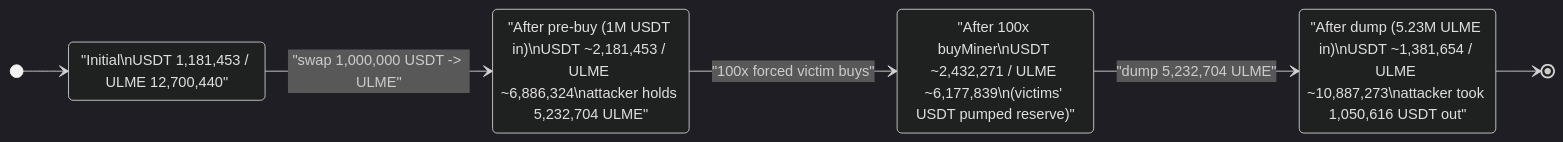
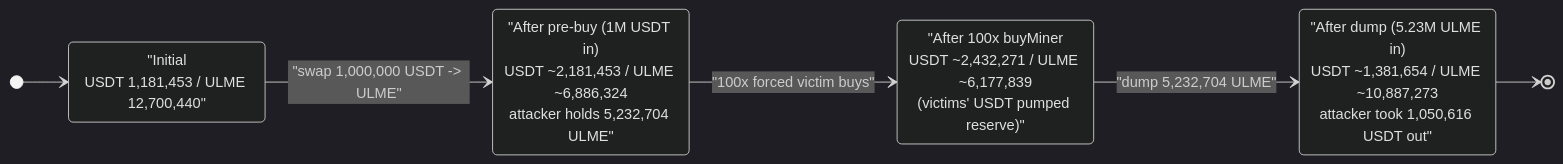
The third of 3 diagrams in 2022-10-ULME_exp2/ULME_exp2.md (sanbir/evm-hack-registry), drawn with Mermaid (dark theme) before and after one commit. The commit also changed 280 other files, not shown here.

Commit message:
mermaid fixes

````diff
--- a/2022-10-ULME_exp2/ULME_exp2.md
+++ b/2022-10-ULME_exp2/ULME_exp2.md
@@ -292,13 +292,13 @@
 ```mermaid
 stateDiagram-v2
     direction LR
     [*] --> Initial
-    Initial: "Initial\nUSDT 1,181,453 / ULME 12,700,440"
-    PreBuy: "After pre-buy (1M USDT in)\nUSDT ~2,181,453 / ULME ~6,886,324\nattacker holds 5,232,704 ULME"
-    Pumped: "After 100x buyMiner\nUSDT ~2,432,271 / ULME ~6,177,839\n(victims' USDT pumped reserve)"
-    Drained: "After dump (5.23M ULME in)\nUSDT ~1,381,654 / ULME ~10,887,273\nattacker took 1,050,616 USDT out"
+    Initial: "Initial<br/>USDT 1,181,453 / ULME 12,700,440"
+    PreBuy: "After pre-buy (1M USDT in)<br/>USDT ~2,181,453 / ULME ~6,886,324<br/>attacker holds 5,232,704 ULME"
+    Pumped: "After 100x buyMiner<br/>USDT ~2,432,271 / ULME ~6,177,839<br/>(victims' USDT pumped reserve)"
+    Drained: "After dump (5.23M ULME in)<br/>USDT ~1,381,654 / ULME ~10,887,273<br/>attacker took 1,050,616 USDT out"
     Initial --> PreBuy: "swap 1,000,000 USDT -> ULME"
     PreBuy --> Pumped: "100x forced victim buys"
     Pumped --> Drained: "dump 5,232,704 ULME"
     Drained --> [*]
 ```
````
